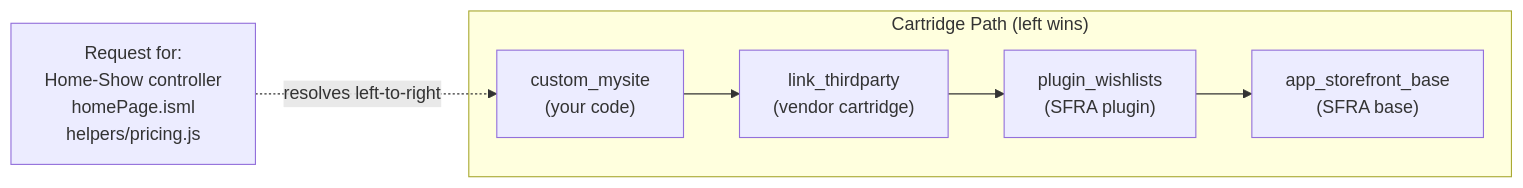
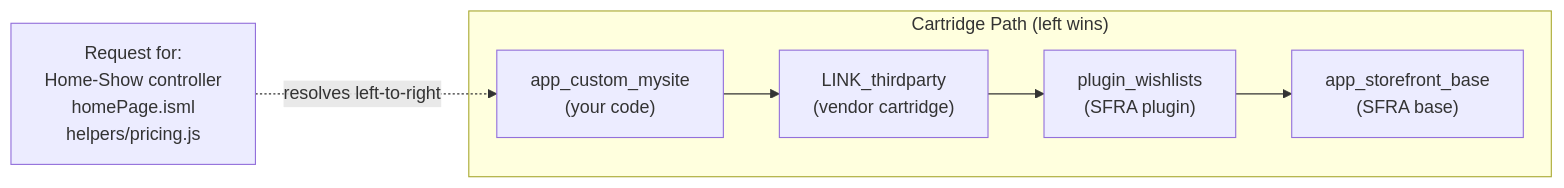
The first of 2 diagrams in src/content/posts/sfcc-cartridge-path-overrides-explained/index.md (taurgis/rhino-inquisitor-com), drawn with Mermaid before and after one commit. The commit also changed other lines of this file and 1 other file, not shown here.

First line of the commit message:
Correct cartridge path post from per-section fact-check

````diff
--- a/src/content/posts/sfcc-cartridge-path-overrides-explained/index.md
+++ b/src/content/posts/sfcc-cartridge-path-overrides-explained/index.md
@@ -45,9 +45,9 @@
 ```mermaid
 flowchart LR
     subgraph "Cartridge Path (left wins)"
-        A["custom_mysite\n(your code)"] --> B["link_thirdparty\n(vendor cartridge)"]
+        A["app_custom_mysite\n(your code)"] --> B["LINK_thirdparty\n(vendor cartridge)"]
         B --> C["plugin_wishlists\n(SFRA plugin)"]
         C --> D["app_storefront_base\n(SFRA base)"]
     end
     R["Request for:\nHome-Show controller\nhomePage.isml\nhelpers/pricing.js"] -.resolves left-to-right.-> A
 ```
````
